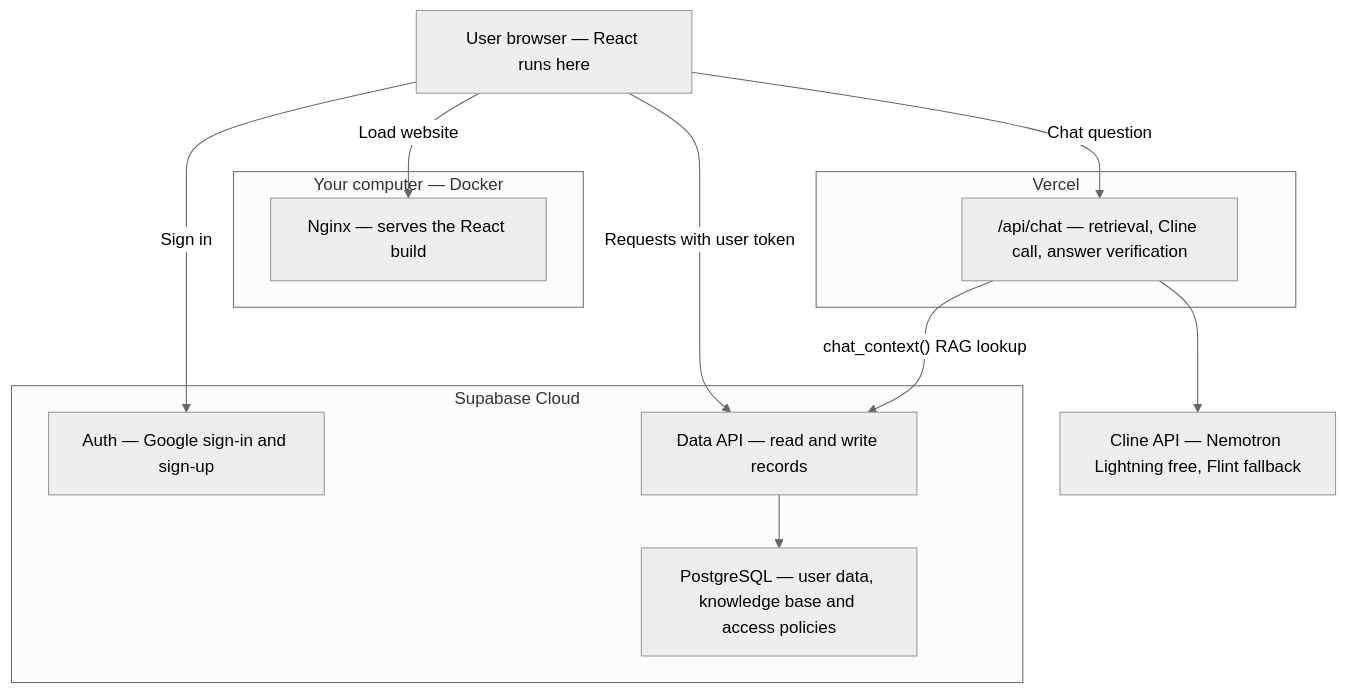
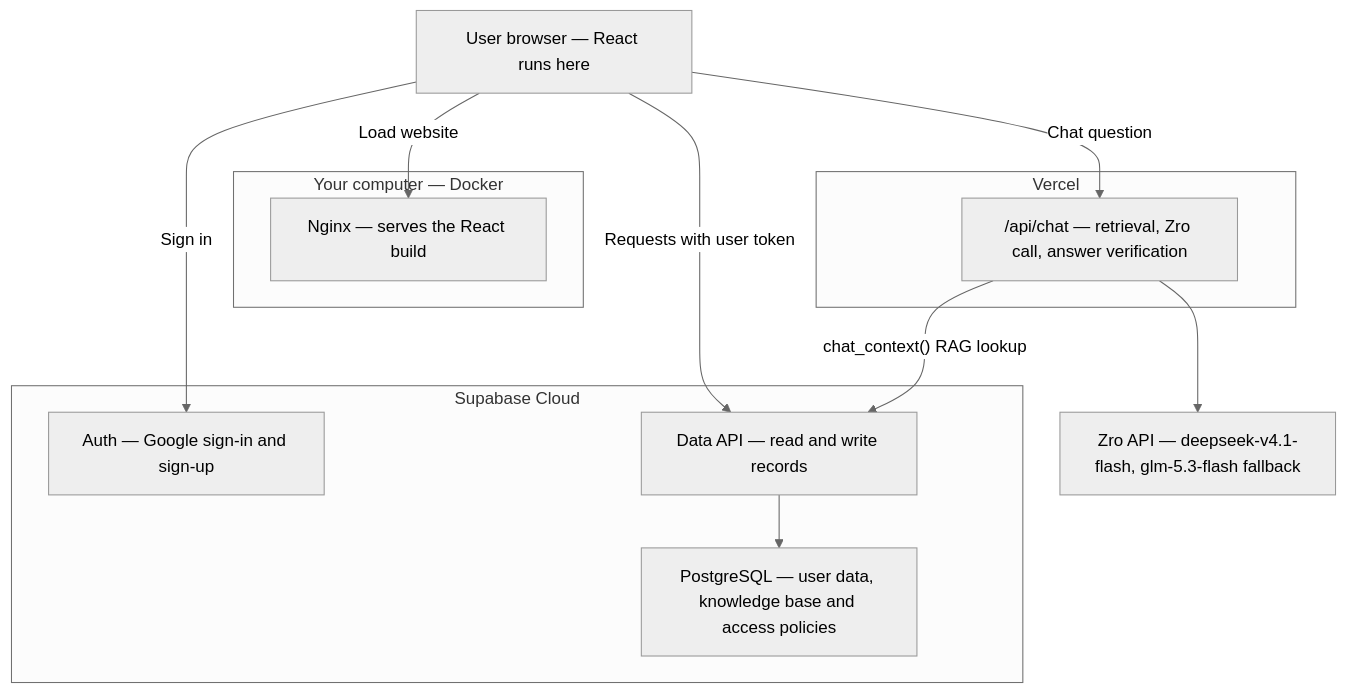
Before and after one commit to GalaxyKickLock77/Tricore: the diagram in architecture.md, drawn with Mermaid (neutral theme). The commit also changed 14 other files, not shown here.

Commit message:
Switch AI provider to Zro DeepSeek and GLM

````diff
--- a/architecture.md
+++ b/architecture.md
@@ -3,27 +3,27 @@
 ```mermaid
 flowchart TD
     Browser["User browser — React runs here"]
 
     subgraph Local["Your computer — Docker"]
         Web["Nginx — serves the React build"]
     end
 
     subgraph Cloud["Supabase Cloud"]
         Auth["Auth — Google sign-in and sign-up"]
         API["Data API — read and write records"]
         DB["PostgreSQL — user data, knowledge base and access policies"]
     end
 
     subgraph Vercel["Vercel"]
-        Chat["/api/chat — retrieval, Cline call, answer verification"]
+        Chat["/api/chat — retrieval, Zro call, answer verification"]
     end
-    Cline["Cline API — Nemotron Lightning free, Flint fallback"]
+    Zro["Zro API — deepseek-v4.1-flash, glm-5.3-flash fallback"]
 
     Browser -->|"Load website"| Web
     Browser -->|"Sign in"| Auth
     Browser -->|"Requests with user token"| API
     API --> DB
     Browser -->|"Chat question"| Chat
     Chat -->|"chat_context() RAG lookup"| API
-    Chat --> Cline
+    Chat --> Zro
 ```
````
